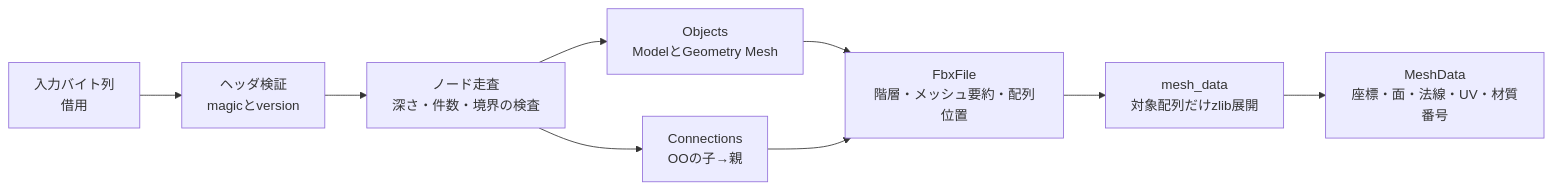
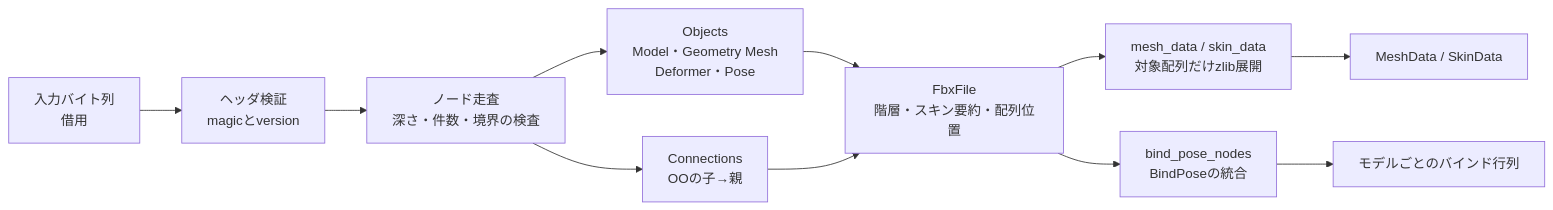
The diagram in design/FBX読み取り.md (halby24/vrctom), drawn with Mermaid before and after one commit. The commit also changed other lines of this file and 2 other files, not shown here.

````diff
--- a/design/FBX読み取り.md
+++ b/design/FBX読み取り.md
@@ -18,11 +18,13 @@
 ```mermaid
 flowchart LR
     bytes[入力バイト列<br/>借用] --> header[ヘッダ検証<br/>magicとversion]
     header --> walk[ノード走査<br/>深さ・件数・境界の検査]
-    walk --> objects[Objects<br/>ModelとGeometry Mesh]
+    walk --> objects[Objects<br/>Model・Geometry Mesh<br/>Deformer・Pose]
     walk --> conn[Connections<br/>OOの子→親]
-    objects --> file[FbxFile<br/>階層・メッシュ要約・配列位置]
+    objects --> file[FbxFile<br/>階層・スキン要約・配列位置]
     conn --> file
-    file --> decode[mesh_data<br/>対象配列だけzlib展開]
-    decode --> data[MeshData<br/>座標・面・法線・UV・材質番号]
+    file --> decode[mesh_data / skin_data<br/>対象配列だけzlib展開]
+    file --> pose[bind_pose_nodes<br/>BindPoseの統合]
+    decode --> data[MeshData / SkinData]
+    pose --> matrices[モデルごとのバインド行列]
 ```
````
